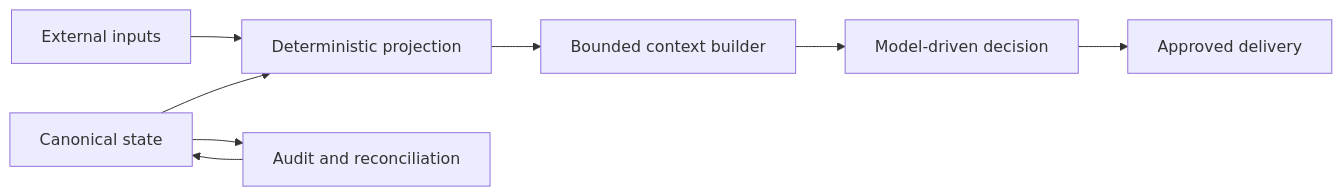
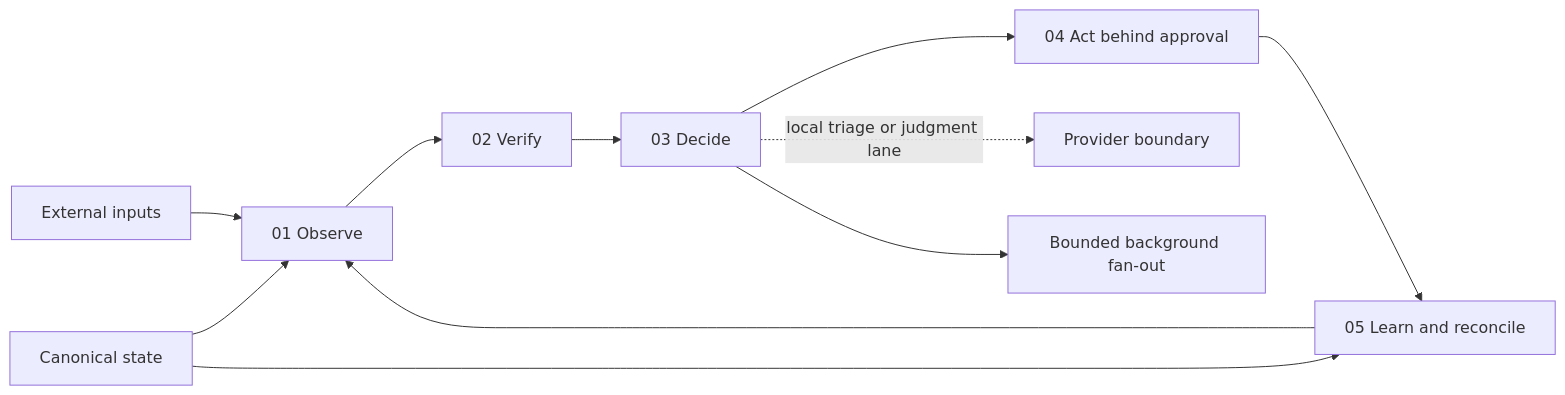
One commit to patppham/hermes-agent-public changed the diagram in docs/architecture.md. Above: the diagram before and after it, drawn with Mermaid. The commit also changed other lines of this file and 9 other files, not shown here.

````diff
--- a/docs/architecture.md
+++ b/docs/architecture.md
@@ -5,10 +5,13 @@
 ```mermaid
 flowchart LR
-  A[External inputs] --> B[Deterministic projection]
-  B --> C[Bounded context builder]
-  C --> D[Model-driven decision]
-  D --> E[Approved delivery]
-  F[Canonical state] --> B
-  F --> G[Audit and reconciliation]
+  A[External inputs] --> B[01 Observe]
+  B --> C[02 Verify]
+  C --> D[03 Decide]
+  D --> E[04 Act behind approval]
+  E --> F[05 Learn and reconcile]
+  F --> B
+  G[Canonical state] --> B
   G --> F
+  D -. local triage or judgment lane .-> H[Provider boundary]
+  D --> I[Bounded background fan-out]
 ```
````
